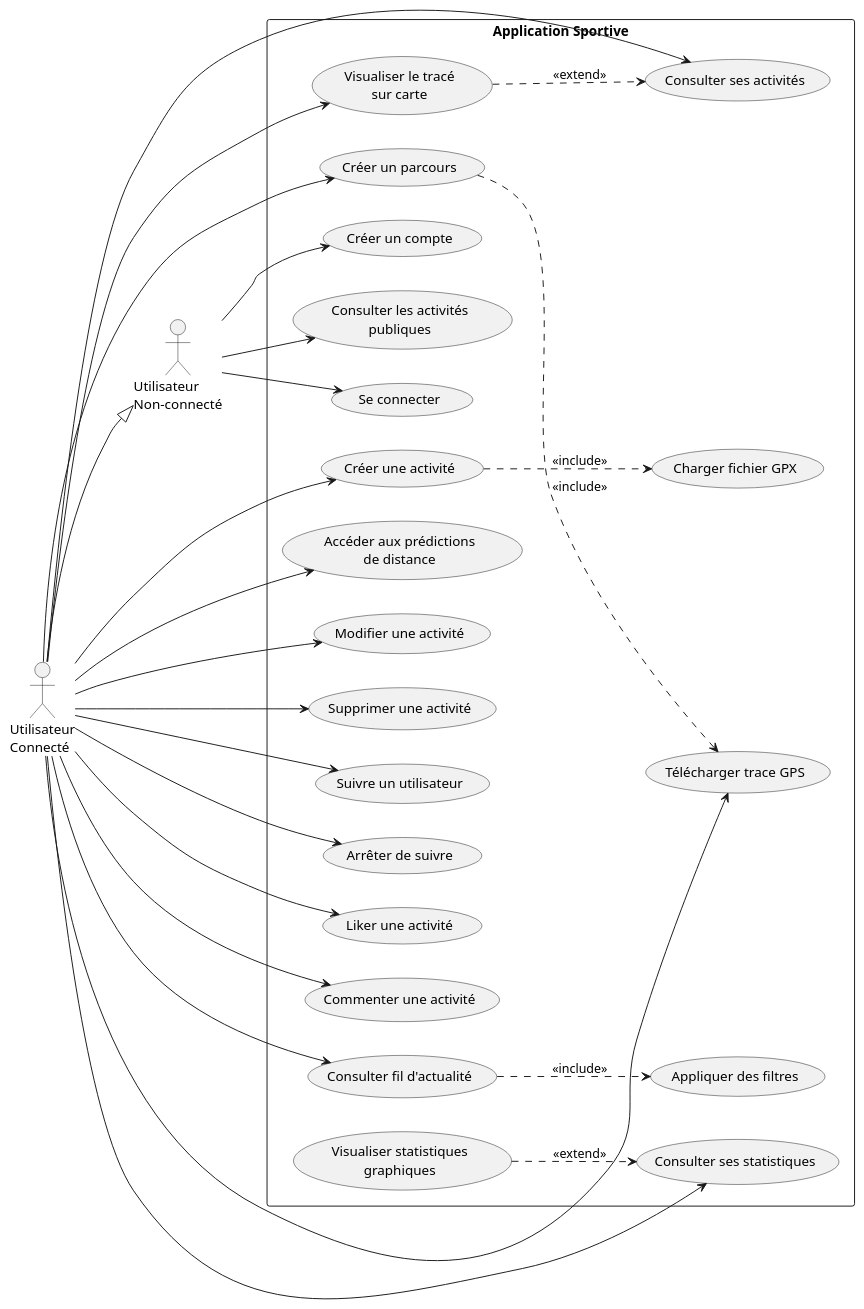
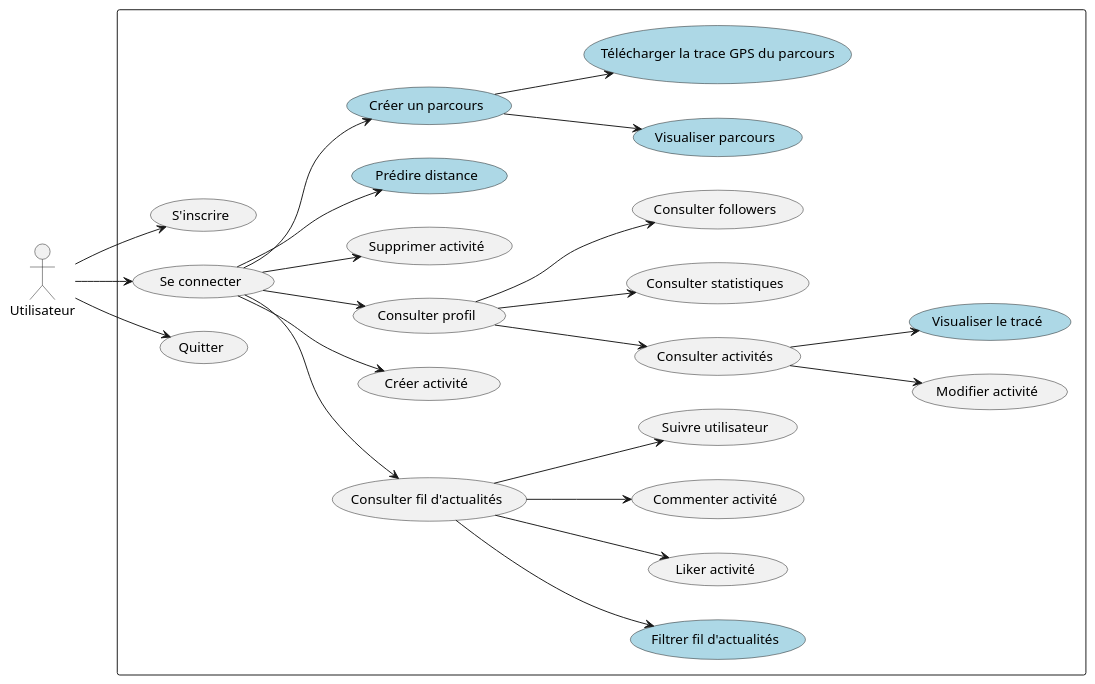
Before and after one commit to TeodoraHub/Info-2A-Strava: the diagram in doc/diagramme_cas_utilisation.md, drawn with PlantUML. The commit also changed other lines of this file, not shown here.

```diff
--- a/doc/diagramme_cas_utilisation.md
+++ b/doc/diagramme_cas_utilisation.md
@@ -2,85 +1,68 @@
 @startuml
+' à coller ici pour visualiser : https://www.plantuml.com/plantuml/uml/SyfFKj2rKt3CoKnELR1Io4ZDoSa70000
+' doc : https://plantuml.com/fr/use-case-diagram
 
-' Configuration
+  
 left to right direction
-skinparam packageStyle rectangle
 
-' Acteurs
-actor "Utilisateur\nNon-connecté" as UtilisateurNonConnecte
-actor "Utilisateur\nConnecté" as UtilisateurConnecte
+actor "Utilisateur" as user
 
-' Frontière du système
-rectangle "Application Sportive" {
-  
-  ' Cas d'utilisation - Authentification
-  usecase "Se connecter" as SeConnecter
-  usecase "Créer un compte" as CreerCompte
-  
-  ' Cas d'utilisation - Gestion des activités
-  usecase "Créer une activité" as CreerActivite
-  usecase "Charger fichier GPX" as ChargerFichierGPX
-  usecase "Consulter ses activités" as ConsulterActivites
-  usecase "Modifier une activité" as ModifierActivite
-  usecase "Supprimer une activité" as SupprimerActivite
-  usecase "Consulter les activités\npubliques" as ConsulterActivitesPubliques
-  
-  ' Cas d'utilisation - Fonctionnalités sociales
-  usecase "Suivre un utilisateur" as SuivreUtilisateur
-  usecase "Arrêter de suivre" as ArreterSuivre
-  usecase "Liker une activité" as LikerActivite
-  usecase "Commenter une activité" as CommenterActivite
-  usecase "Consulter fil d'actualité" as ConsulterFilActualite
-  usecase "Appliquer des filtres" as AppliquerFiltres
-  
-  ' Cas d'utilisation - Statistiques et visualisation
-  usecase "Consulter ses statistiques" as ConsulterStatistiques
-  usecase "Visualiser le tracé\nsur carte" as VisualiserTrace
-  usecase "Visualiser statistiques\ngraphiques" as VisualiserStatistiques
-  
-  ' Cas d'utilisation - Fonctionnalités avancées
-  usecase "Créer un parcours" as CreerParcours
-  usecase "Télécharger trace GPS" as TelechargerTraceGPS
-  usecase "Accéder aux prédictions\nde distance" as PredictionsDistance
-  
+rectangle {
+  usecase "S'inscrire"          as inscription
+  usecase "Se connecter"        as connexion
+  usecase "Quitter"             as quitter
 
-' Relations Utilisateur Non-connecté
-UtilisateurNonConnecte --> SeConnecter
-UtilisateurNonConnecte --> CreerCompte
-UtilisateurNonConnecte --> ConsulterActivitesPubliques
+  usecase "Consulter fil d'actualités"        as consulter_fil
+  usecase "Filtrer fil d'actualités"          as filtrer_fil #lightblue
+  usecase "Liker activité"       as liker
+  usecase "Commenter activité"   as commenter
+  usecase "Suivre utilisateur"   as suivre
 
-' Relations Utilisateur Connecté - Gestion activités
-UtilisateurConnecte --> CreerActivite
-UtilisateurConnecte --> ConsulterActivites
-UtilisateurConnecte --> ModifierActivite
-UtilisateurConnecte --> SupprimerActivite
+  usecase "Créer activité"       as creer_activite
+  usecase "Consulter profil"     as consulter_profil
+  usecase "Consulter activités"  as consulter_activites
+  usecase "Consulter statistiques" as consulter_statistiques
+  usecase "Consulter followers"  as consulter_followers
+  usecase "Modifier activité"    as modifier_activite
+  usecase "Supprimer activité"   as supprimer_activite
+  usecase "Visualiser le tracé"  as visualiser_trace #lightblue
+  usecase "Prédire distance"     as predire_distance #lightblue
 
-' Relations Utilisateur Connecté - Social
-UtilisateurConnecte --> SuivreUtilisateur
-UtilisateurConnecte --> ArreterSuivre
-UtilisateurConnecte --> LikerActivite
-UtilisateurConnecte --> CommenterActivite
-UtilisateurConnecte --> ConsulterFilActualite
+  usecase "Créer un parcours"    as creer_parcours #lightblue
+  usecase "Visualiser parcours"  as visualiser_parcours #lightblue
+  usecase "Télécharger la trace GPS du parcours" as telecharger_trace_parcours #lightblue
+}
 
-' Relations Utilisateur Connecté - Statistiques
-UtilisateurConnecte --> ConsulterStatistiques
-UtilisateurConnecte --> VisualiserTrace
+' Arrivée
+user --> inscription
+user --> connexion
+user --> quitter
 
-' Relations Utilisateur Connecté - Fonctionnalités avancées
-UtilisateurConnecte --> CreerParcours
-UtilisateurConnecte --> TelechargerTraceGPS
-UtilisateurConnecte --> PredictionsDistance
+' Après connexion
+connexion --> consulter_fil
+connexion --> creer_activite
+connexion --> supprimer_activite
+connexion --> consulter_profil
+connexion --> predire_distance
+connexion --> creer_parcours
 
+' Actions liées au fil d'activité
+consulter_fil --> liker
+consulter_fil --> commenter
+consulter_fil --> suivre
+consulter_fil --> filtrer_fil
 
-' Relations d'inclusion (include)
-CreerActivite ..> ChargerFichierGPX : <<include>>
-ConsulterFilActualite ..> AppliquerFiltres : <<include>>
-CreerParcours ..> TelechargerTraceGPS : <<include>>
+' Actions liées au profil
+consulter_profil --> consulter_activites
+consulter_profil --> consulter_statistiques
+consulter_profil --> consulter_followers
 
-' Relations d'extension (extend)
-VisualiserStatistiques ..> ConsulterStatistiques : <<extend>>
-VisualiserTrace ..> ConsulterActivites : <<extend>>
+' Actions liées aux activités du profil
+consulter_activites --> modifier_activite
+consulter_activites --> visualiser_trace
 
-' Héritage d'acteur (généralisation)
-UtilisateurConnecte --|> UtilisateurNonConnecte
+' Actions liées aux parcours
+creer_parcours --> visualiser_parcours
+creer_parcours --> telecharger_trace_parcours
 
 @enduml
```
